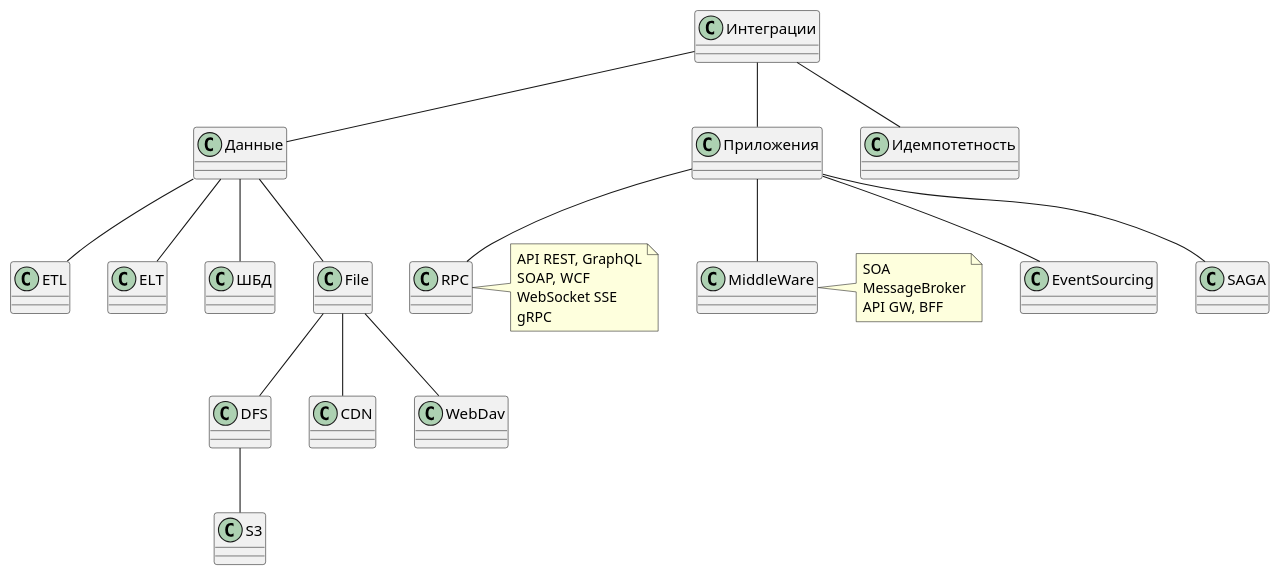
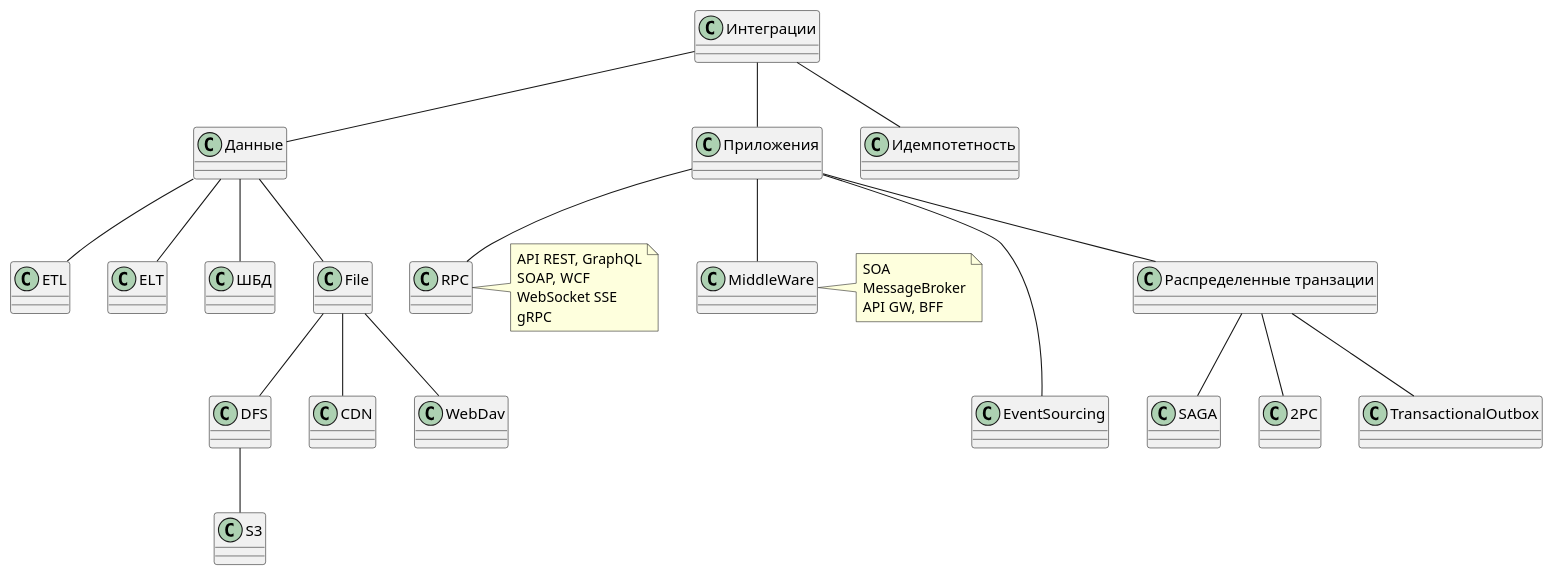
Before and after one commit to daemon110282/daemon110282.github.io: the fifth of 9 diagrams in arch/pattern/patterns.puml, drawn with PlantUML. The commit also changed other lines of this file and 11 other files, not shown here.

```diff
--- a/arch/pattern/patterns.puml
+++ b/arch/pattern/patterns.puml
@@ -98,33 +99,37 @@
 @startuml (id=integration)
 
 Интеграции -- Данные 
 	Данные -- ETL
 	Данные -- ELT
 	Данные -- ШБД
 	Данные -- File
 		File -- DFS
 			DFS -- S3
 		File -- CDN
 		File -- WebDav
 
 Интеграции -- Приложения
 	Приложения -- RPC
 		note right
 		API REST, GraphQL
 		SOAP, WCF
 		WebSocket SSE
 		gRPC
 		end note
 	Приложения -- MiddleWare
 		note right		
 		SOA
 		MessageBroker
 		API GW, BFF
 		end note
 
-	Приложения -- EventSourcing
-	Приложения -- SAGA
+	Приложения --- EventSourcing
+	class DT as "Распределенные транзации"
+	Приложения -- DT
+		DT -- SAGA
+		DT -- 2PC
+		DT -- TransactionalOutbox
 
 Интеграции -- Идемпотетность
 
 @enduml
```
